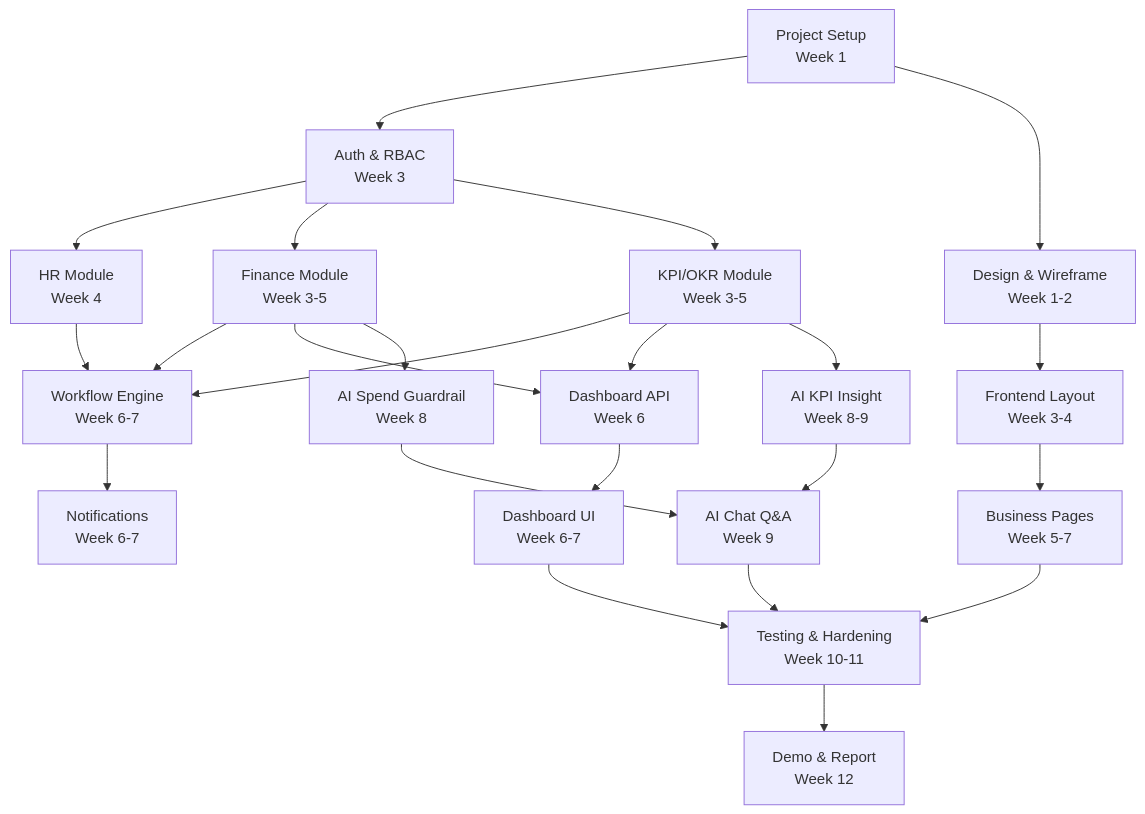
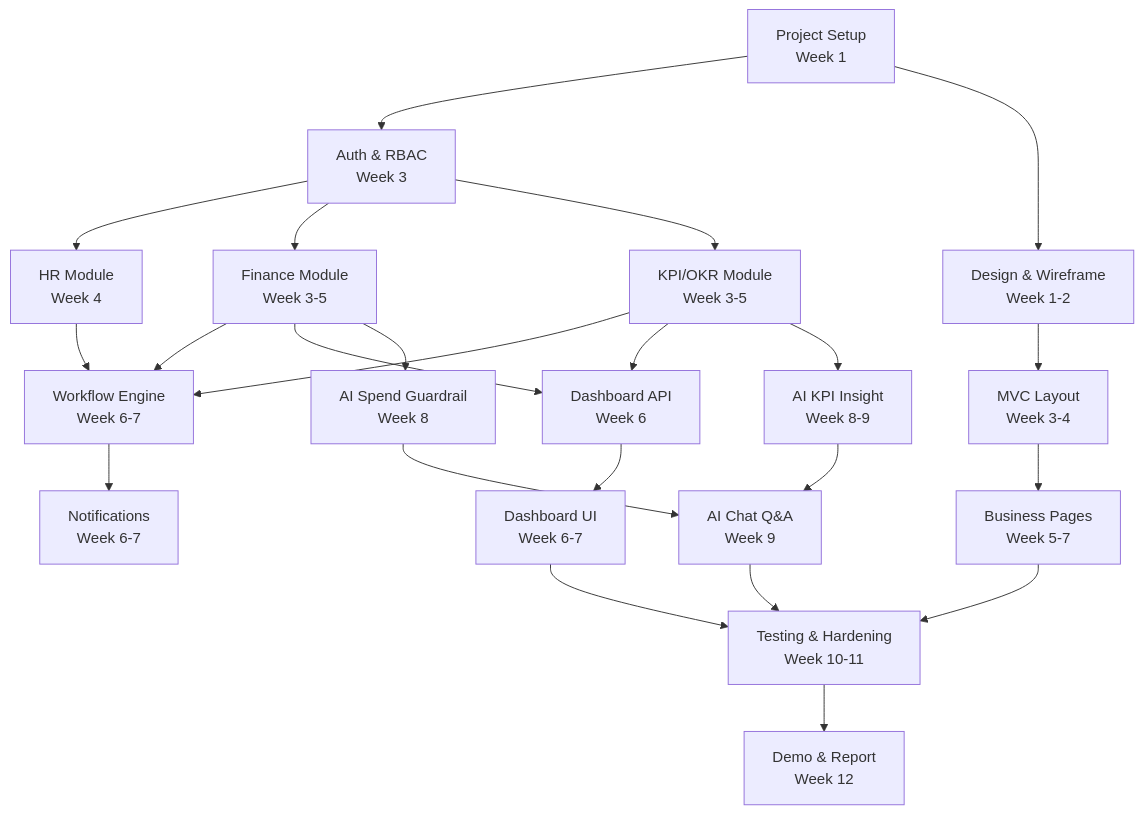
The diagram in docs/12-Project-Plan-Roadmap.md (quanptatb/OmniBizAI), drawn with Mermaid before and after one commit. The commit also changed other lines of this file and 11 other files, not shown here.

````diff
--- a/docs/12-Project-Plan-Roadmap.md
+++ b/docs/12-Project-Plan-Roadmap.md
@@ -225,33 +225,33 @@
 ```mermaid
 graph TD
     A["Project Setup<br/>Week 1"] --> B["Auth & RBAC<br/>Week 3"]
     A --> C["Design & Wireframe<br/>Week 1-2"]
     
     B --> D["HR Module<br/>Week 4"]
     B --> E["Finance Module<br/>Week 3-5"]
     B --> F["KPI/OKR Module<br/>Week 3-5"]
     
     D --> G["Workflow Engine<br/>Week 6-7"]
     E --> G
     F --> G
     
     E --> H["Dashboard API<br/>Week 6"]
     F --> H
     
     G --> I["Notifications<br/>Week 6-7"]
     
-    C --> J["Frontend Layout<br/>Week 3-4"]
+    C --> J["MVC Layout<br/>Week 3-4"]
     J --> K["Business Pages<br/>Week 5-7"]
     H --> L["Dashboard UI<br/>Week 6-7"]
     
     E --> M["AI Spend Guardrail<br/>Week 8"]
     F --> N["AI KPI Insight<br/>Week 8-9"]
     M --> O["AI Chat Q&A<br/>Week 9"]
     N --> O
     
     O --> P["Testing & Hardening<br/>Week 10-11"]
     K --> P
     L --> P
     
     P --> Q["Demo & Report<br/>Week 12"]
 ```
````
